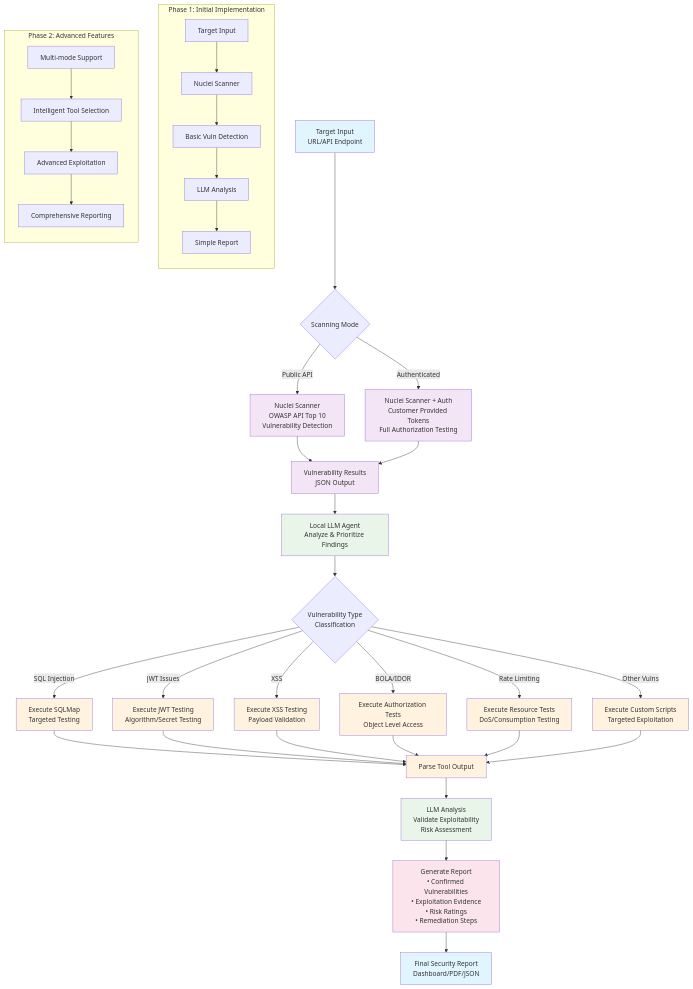
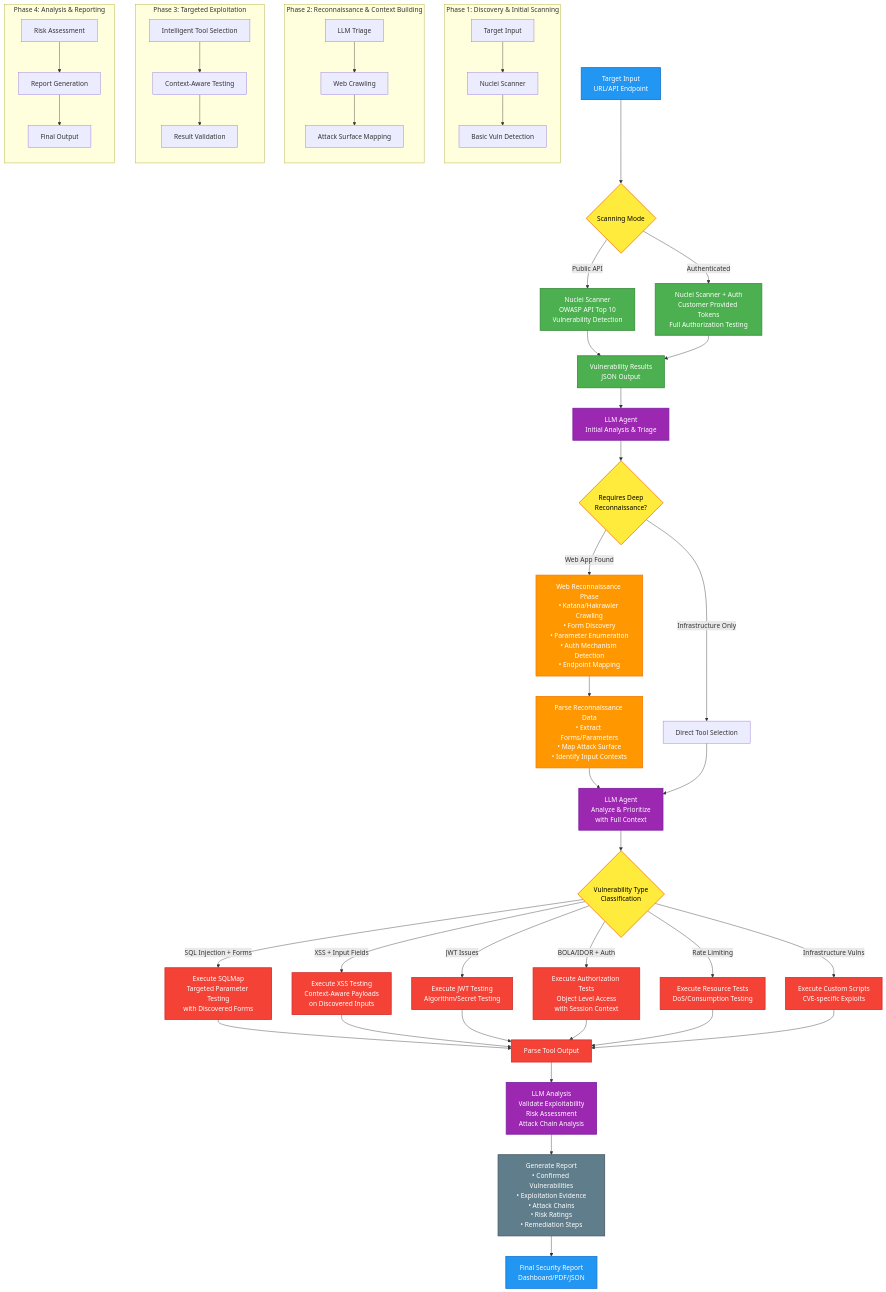
One commit to IamUsike/Sushhhscanner changed the diagram in docs/flow.mermaid. Above: the diagram before and after it, drawn with Mermaid. The commit also changed other lines of this file, not shown here.

Commit message:
updated flowchart with the recon phase
Just the nuclei output doesn't provide enough context for the llm to make choices

```diff
--- a/docs/flow.mermaid
+++ b/docs/flow.mermaid
@@ -1,61 +1,85 @@
+
 flowchart TD
     A[Target Input<br/>URL/API Endpoint] --> B{Scanning Mode}
     
     B -->|Public API| C[Nuclei Scanner<br/>OWASP API Top 10<br/>Vulnerability Detection]
     B -->|Authenticated| D[Nuclei Scanner + Auth<br/>Customer Provided Tokens<br/>Full Authorization Testing]
     
     C --> E[Vulnerability Results<br/>JSON Output]
     D --> E
     
-    E --> F[Local LLM Agent<br/>Analyze & Prioritize Findings]
+    E --> F[LLM Agent<br/>Initial Analysis & Triage]
     
-    F --> G{Vulnerability Type<br/>Classification}
+    F --> G{Requires Deep<br/>Reconnaissance?}
     
-    G -->|SQL Injection| H[Execute SQLMap<br/>Targeted Testing]
-    G -->|JWT Issues| I[Execute JWT Testing<br/>Algorithm/Secret Testing]
-    G -->|XSS| J[Execute XSS Testing<br/>Payload Validation]
-    G -->|BOLA/IDOR| K[Execute Authorization Tests<br/>Object Level Access]
-    G -->|Rate Limiting| L[Execute Resource Tests<br/>DoS/Consumption Testing]
-    G -->|Other Vulns| M[Execute Custom Scripts<br/>Targeted Exploitation]
+    G -->|Web App Found| H[Web Reconnaissance Phase<br/>• Katana/Hakrawler Crawling<br/>• Form Discovery<br/>• Parameter Enumeration<br/>• Auth Mechanism Detection<br/>• Endpoint Mapping]
+    G -->|Infrastructure Only| I[Direct Tool Selection]
     
-    H --> N[Parse Tool Output]
-    I --> N
-    J --> N
-    K --> N
-    L --> N
-    M --> N
+    H --> J[Parse Reconnaissance Data<br/>• Extract Forms/Parameters<br/>• Map Attack Surface<br/>• Identify Input Contexts]
     
-    N --> O[LLM Analysis<br/>Validate Exploitability<br/>Risk Assessment]
+    J --> K[LLM Agent<br/>Analyze & Prioritize<br/>with Full Context]
+    I --> K
     
-    O --> P[Generate Report<br/>• Confirmed Vulnerabilities<br/>• Exploitation Evidence<br/>• Risk Ratings<br/>• Remediation Steps]
+    K --> L{Vulnerability Type<br/>Classification}
     
-    P --> Q[Final Security Report<br/>Dashboard/PDF/JSON]
+    L -->|SQL Injection + Forms| M[Execute SQLMap<br/>Targeted Parameter Testing<br/>with Discovered Forms]
+    L -->|XSS + Input Fields| N[Execute XSS Testing<br/>Context-Aware Payloads<br/>on Discovered Inputs]
+    L -->|JWT Issues| O[Execute JWT Testing<br/>Algorithm/Secret Testing]
+    L -->|BOLA/IDOR + Auth| P[Execute Authorization Tests<br/>Object Level Access<br/>with Session Context]
+    L -->|Rate Limiting| Q[Execute Resource Tests<br/>DoS/Consumption Testing]
+    L -->|Infrastructure Vulns| R[Execute Custom Scripts<br/>CVE-specific Exploits]
     
-    %% Styling
-    classDef startEnd fill:#e1f5fe
-    classDef scanner fill:#f3e5f5
-    classDef llm fill:#e8f5e8
-    classDef tools fill:#fff3e0
-    classDef output fill:#fce4ec
+    M --> S[Parse Tool Output]
+    N --> S
+    O --> S
+    P --> S
+    Q --> S
+    R --> S
     
-    class A,Q startEnd
+    S --> T[LLM Analysis<br/>Validate Exploitability<br/>Risk Assessment<br/>Attack Chain Analysis]
+    
+    T --> U[Generate Report<br/>• Confirmed Vulnerabilities<br/>• Exploitation Evidence<br/>• Attack Chains<br/>• Risk Ratings<br/>• Remediation Steps]
+    
+    U --> V[Final Security Report<br/>Dashboard/PDF/JSON]
+    
+    %% Improved Color Styling
+    classDef startEnd fill:#2196F3,stroke:#1976D2,stroke-width:2px,color:#fff
+    classDef scanner fill:#4CAF50,stroke:#388E3C,stroke-width:2px,color:#fff
+    classDef recon fill:#FF9800,stroke:#F57C00,stroke-width:2px,color:#fff
+    classDef llm fill:#9C27B0,stroke:#7B1FA2,stroke-width:2px,color:#fff
+    classDef tools fill:#F44336,stroke:#D32F2F,stroke-width:2px,color:#fff
+    classDef output fill:#607D8B,stroke:#455A64,stroke-width:2px,color:#fff
+    classDef decision fill:#FFEB3B,stroke:#F57F17,stroke-width:2px,color:#000
+    
+    class A,V startEnd
     class C,D,E scanner
-    class F,O llm
-    class H,I,J,K,L,M,N tools
-    class P output
+    class H,J recon
+    class F,K,T llm
+    class M,N,O,P,Q,R,S tools
+    class U output
+    class B,G,L decision
     
-    %% Phase indicators
-    subgraph "Phase 1: Initial Implementation"
+    %% Phase indicators with better spacing
+    subgraph "Phase 1: Discovery & Initial Scanning"
         direction TB
         A1[Target Input] --> B1[Nuclei Scanner]
         B1 --> E1[Basic Vuln Detection]
-        E1 --> F1[LLM Analysis]
-        F1 --> P1[Simple Report]
     end
     
-    subgraph "Phase 2: Advanced Features"
+    subgraph "Phase 2: Reconnaissance & Context Building"
         direction TB
-        A2[Multi-mode Support] --> B2[Intelligent Tool Selection]
-        B2 --> C2[Advanced Exploitation]
-        C2 --> D2[Comprehensive Reporting]
+        F1[LLM Triage] --> H1[Web Crawling]
+        H1 --> J1[Attack Surface Mapping]
     end
+    
+    subgraph "Phase 3: Targeted Exploitation"
+        direction TB
+        K1[Intelligent Tool Selection] --> M1[Context-Aware Testing]
+        M1 --> S1[Result Validation]
+    end
+    
+    subgraph "Phase 4: Analysis & Reporting"
+        direction TB
+        T1[Risk Assessment] --> U1[Report Generation]
+        U1 --> V1[Final Output]
+    end
```
